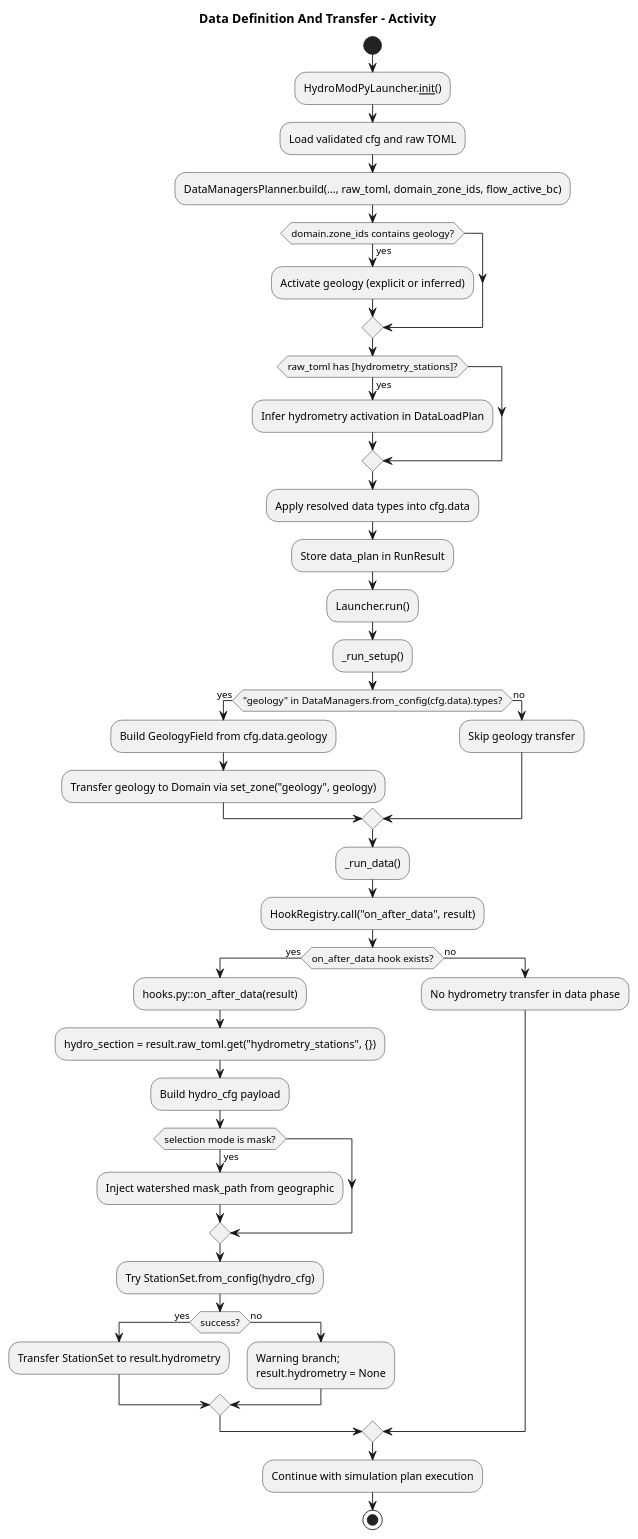
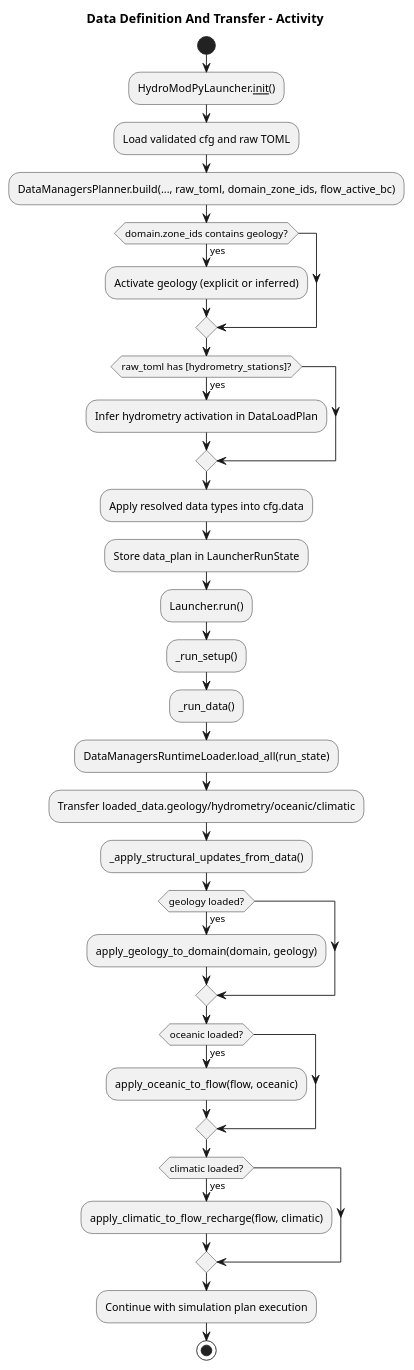
One commit to HydroModPy/HydroModPy changed the diagram in docs/readthedocs/source/architecture/data_loading/diagrams/data_definition_transfer_activity.wsd. Above: the diagram before and after it, drawn with PlantUML. The commit also changed 1519 other files, not shown here.

```diff
--- a/docs/readthedocs/source/architecture/data_loading/diagrams/data_definition_transfer_activity.wsd
+++ b/docs/readthedocs/source/architecture/data_loading/diagrams/data_definition_transfer_activity.wsd
@@ -1,52 +1,39 @@
 @startuml
 title Data Definition And Transfer - Activity
 
 start
 
 :HydroModPyLauncher.__init__();
 :Load validated cfg and raw TOML;
 
 :DataManagersPlanner.build(..., raw_toml, domain_zone_ids, flow_active_bc);
 if (domain.zone_ids contains geology?) then (yes)
   :Activate geology (explicit or inferred);
 endif
 if (raw_toml has [hydrometry_stations]?) then (yes)
   :Infer hydrometry activation in DataLoadPlan;
 endif
 :Apply resolved data types into cfg.data;
-:Store data_plan in RunResult;
+:Store data_plan in LauncherRunState;
 
 :Launcher.run();
 :_run_setup();
 
-if ("geology" in DataManagers.from_config(cfg.data).types?) then (yes)
-  :Build GeologyField from cfg.data.geology;
-  :Transfer geology to Domain via set_zone("geology", geology);
-else (no)
-  :Skip geology transfer;
+:_run_data();
+:DataManagersRuntimeLoader.load_all(run_state);
+:Transfer loaded_data.geology/hydrometry/oceanic/climatic;
+
+:_apply_structural_updates_from_data();
+if (geology loaded?) then (yes)
+  :apply_geology_to_domain(domain, geology);
 endif
-
-:_run_data();
-:HookRegistry.call("on_after_data", result);
-
-if (on_after_data hook exists?) then (yes)
-  :hooks.py::on_after_data(result);
-  :hydro_section = result.raw_toml.get("hydrometry_stations", {});
-  :Build hydro_cfg payload;
-  if (selection mode is mask?) then (yes)
-    :Inject watershed mask_path from geographic;
-  endif
-
-  :Try StationSet.from_config(hydro_cfg);
-  if (success?) then (yes)
-    :Transfer StationSet to result.hydrometry;
-  else (no)
-    :Warning branch;\nresult.hydrometry = None;
-  endif
-else (no)
-  :No hydrometry transfer in data phase;
+if (oceanic loaded?) then (yes)
+  :apply_oceanic_to_flow(flow, oceanic);
+endif
+if (climatic loaded?) then (yes)
+  :apply_climatic_to_flow_recharge(flow, climatic);
 endif
 
 :Continue with simulation plan execution;
 stop
 @enduml
```
